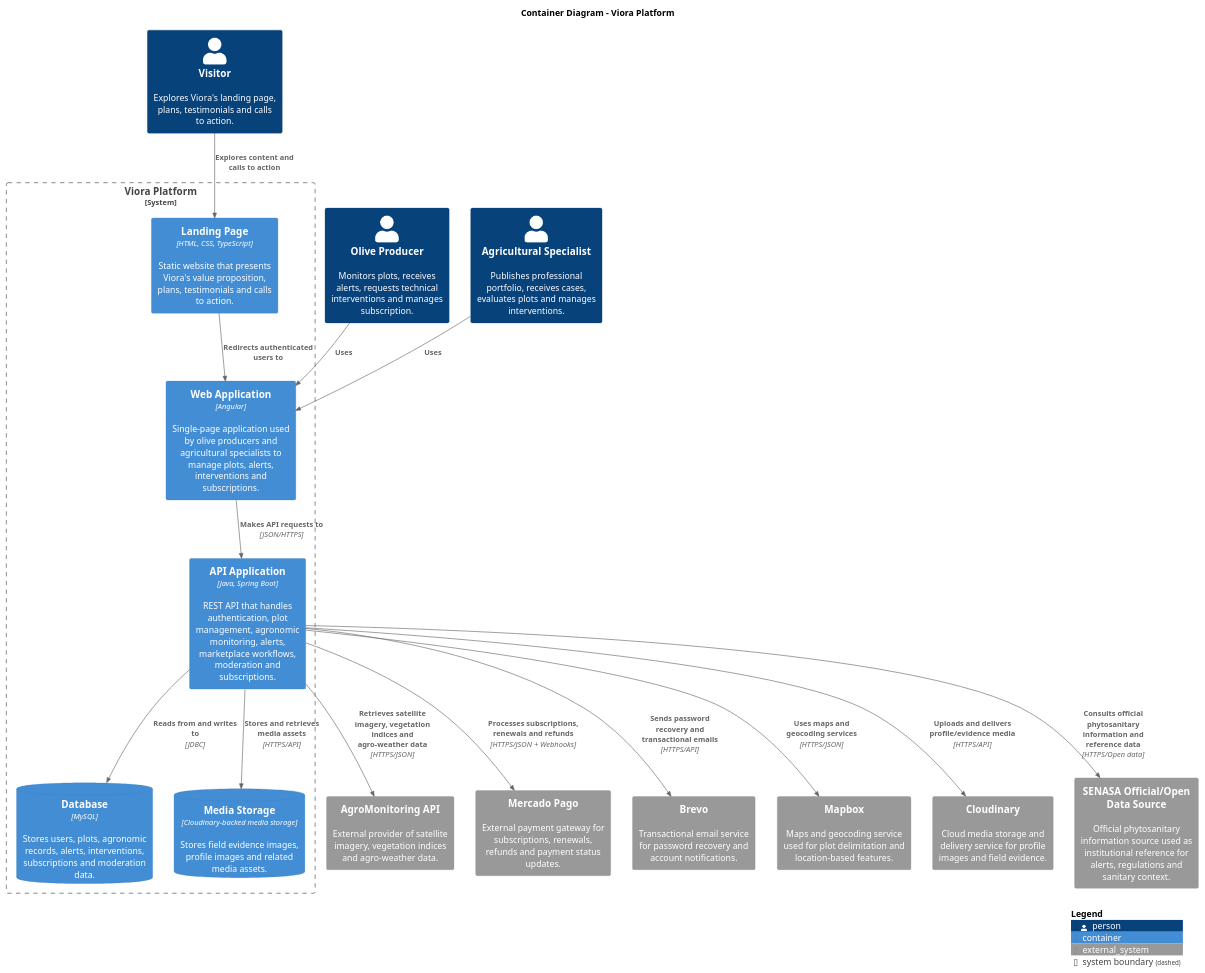
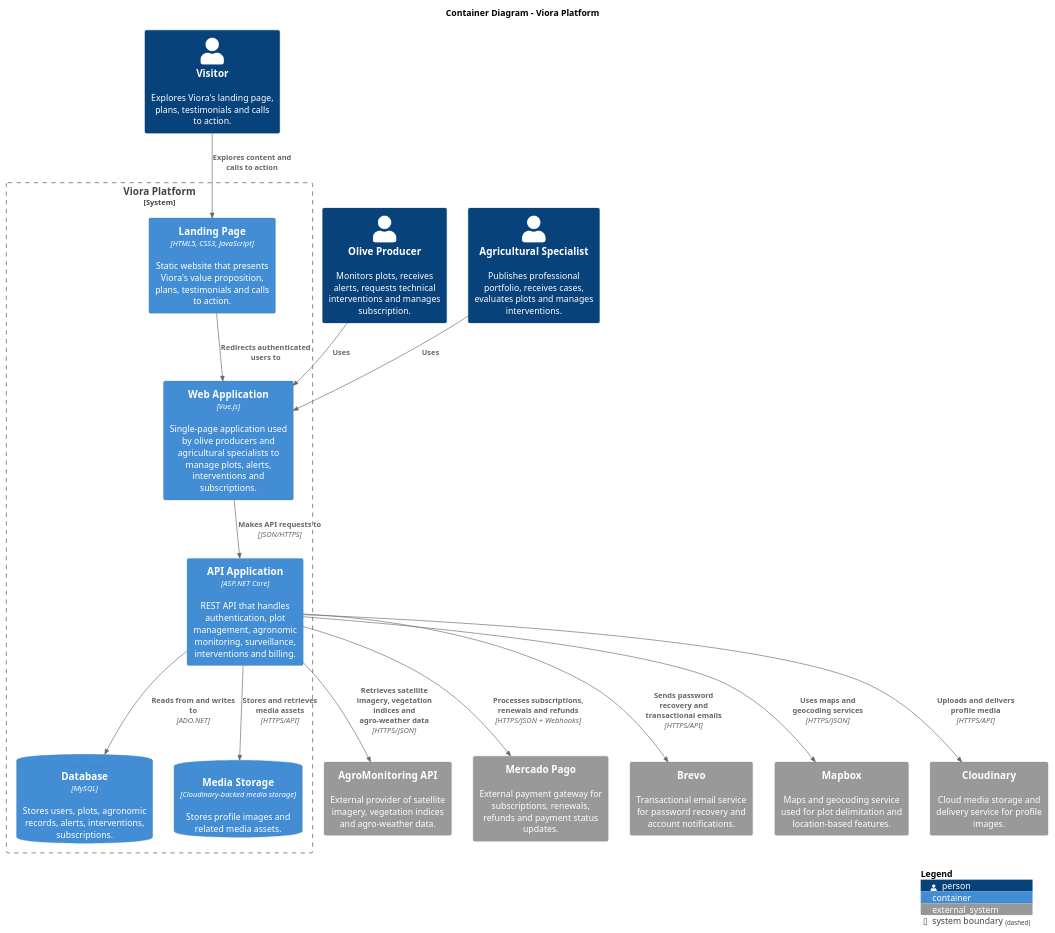
The diagram in report/assets/diagram-sources/c4/VioraContainer.puml (upc-pre-1asi0730-2610-10215-arcadiadevs/viora-report), drawn with PlantUML before and after one commit. The commit also changed 15 other files, not shown here.

Commit message:
fix(c4-diagrams): remove senasa and align components with actual codebase.

```diff
--- a/report/assets/diagram-sources/c4/VioraContainer.puml
+++ b/report/assets/diagram-sources/c4/VioraContainer.puml
@@ -1,43 +1,41 @@
 @startuml VioraContainer
-!include https://raw.githubusercontent.com/plantuml-stdlib/C4/master/C4_Container.puml
+!include <C4/C4_Container>
 
 title Container Diagram - Viora Platform
 
 Person(visitor, "Visitor", "Explores Viora's landing page, plans, testimonials and calls to action.")
 Person(oliveProducer, "Olive Producer", "Monitors plots, receives alerts, requests technical interventions and manages subscription.")
 Person(agriSpecialist, "Agricultural Specialist", "Publishes professional portfolio, receives cases, evaluates plots and manages interventions.")
 
 System_Boundary(vioraPlatform, "Viora Platform") {
-    Container(landingPage, "Landing Page", "HTML, CSS, TypeScript", "Static website that presents Viora's value proposition, plans, testimonials and calls to action.")
-    Container(webApp, "Web Application", "Angular", "Single-page application used by olive producers and agricultural specialists to manage plots, alerts, interventions and subscriptions.")
-    Container(apiApp, "API Application", "Java, Spring Boot", "REST API that handles authentication, plot management, agronomic monitoring, alerts, marketplace workflows, moderation and subscriptions.")
-    ContainerDb(database, "Database", "MySQL", "Stores users, plots, agronomic records, alerts, interventions, subscriptions and moderation data.")
-    ContainerDb(mediaStorage, "Media Storage", "Cloudinary-backed media storage", "Stores field evidence images, profile images and related media assets.")
+    Container(landingPage, "Landing Page", "HTML5, CSS3, JavaScript", "Static website that presents Viora's value proposition, plans, testimonials and calls to action.")
+    Container(webApp, "Web Application", "Vue.js", "Single-page application used by olive producers and agricultural specialists to manage plots, alerts, interventions and subscriptions.")
+    Container(apiApp, "API Application", "ASP.NET Core", "REST API that handles authentication, plot management, agronomic monitoring, surveillance, interventions and billing.")
+    ContainerDb(database, "Database", "MySQL", "Stores users, plots, agronomic records, alerts, interventions, subscriptions.")
+    ContainerDb(mediaStorage, "Media Storage", "Cloudinary-backed media storage", "Stores profile images and related media assets.")
 }
 
 System_Ext(agroMonitoring, "AgroMonitoring API", "External provider of satellite imagery, vegetation indices and agro-weather data.")
 System_Ext(mercadoPago, "Mercado Pago", "External payment gateway for subscriptions, renewals, refunds and payment status updates.")
 System_Ext(brevo, "Brevo", "Transactional email service for password recovery and account notifications.")
 System_Ext(mapbox, "Mapbox", "Maps and geocoding service used for plot delimitation and location-based features.")
-System_Ext(cloudinary, "Cloudinary", "Cloud media storage and delivery service for profile images and field evidence.")
-System_Ext(senasa, "SENASA Official/Open Data Source", "Official phytosanitary information source used as institutional reference for alerts, regulations and sanitary context.")
+System_Ext(cloudinary, "Cloudinary", "Cloud media storage and delivery service for profile images.")
 
 Rel(visitor, landingPage, "Explores content and calls to action")
 Rel(oliveProducer, webApp, "Uses")
 Rel(agriSpecialist, webApp, "Uses")
 
 Rel(landingPage, webApp, "Redirects authenticated users to")
 
 Rel(webApp, apiApp, "Makes API requests to", "JSON/HTTPS")
-Rel(apiApp, database, "Reads from and writes to", "JDBC")
+Rel(apiApp, database, "Reads from and writes to", "ADO.NET")
 Rel(apiApp, mediaStorage, "Stores and retrieves media assets", "HTTPS/API")
 
 Rel(apiApp, agroMonitoring, "Retrieves satellite imagery, vegetation indices and agro-weather data", "HTTPS/JSON")
 Rel(apiApp, mercadoPago, "Processes subscriptions, renewals and refunds", "HTTPS/JSON + Webhooks")
 Rel(apiApp, brevo, "Sends password recovery and transactional emails", "HTTPS/API")
 Rel(apiApp, mapbox, "Uses maps and geocoding services", "HTTPS/JSON")
-Rel(apiApp, cloudinary, "Uploads and delivers profile/evidence media", "HTTPS/API")
-Rel(apiApp, senasa, "Consults official phytosanitary information and reference data", "HTTPS/Open data")
+Rel(apiApp, cloudinary, "Uploads and delivers profile media", "HTTPS/API")
 
 SHOW_LEGEND()
 @enduml
```
